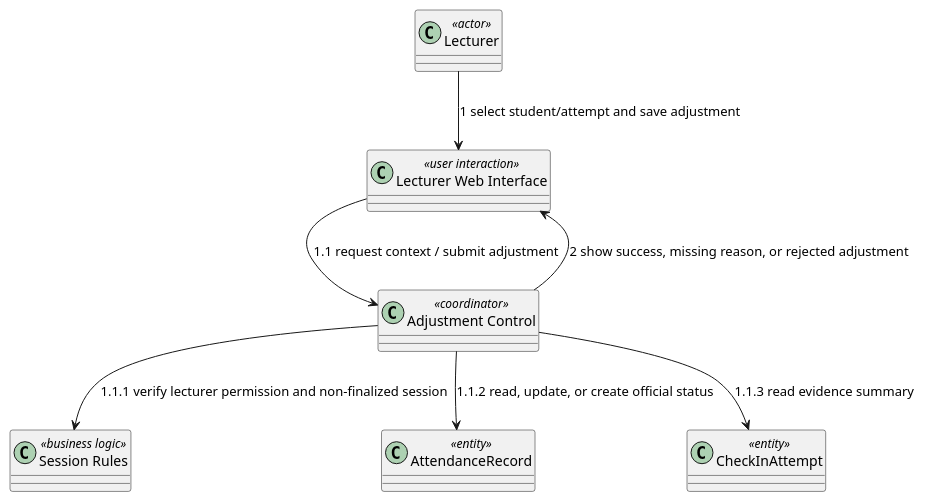
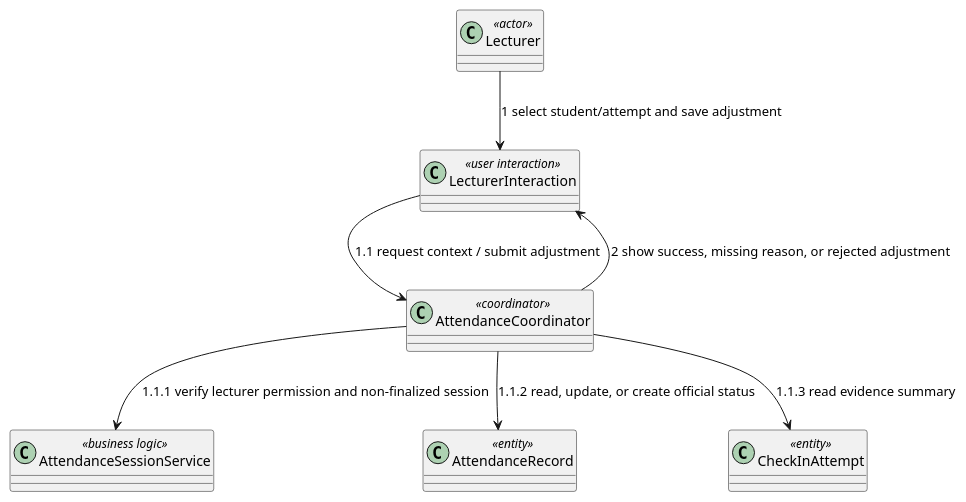
Before and after one commit to nttung42/SWD392: diagram 20 of 29 in docs/sds/2_Analysis.md, drawn with PlantUML. The commit also changed other lines of this file and 5 other files, not shown here.

````diff
--- a/docs/sds/2_Analysis.md
+++ b/docs/sds/2_Analysis.md
@@ -1060,17 +1039,17 @@
 ```plantuml
 @startuml
 class "Lecturer" as Lecturer <<actor>>
-class "Lecturer Web Interface" as LecturerUI <<user interaction>>
-class "Adjustment Control" as AdjustmentControl <<coordinator>>
-class "Session Rules" as SessionRules <<business logic>>
+class "LecturerInteraction" as LecturerUI <<user interaction>>
+class "AttendanceCoordinator" as AdjustmentControl <<coordinator>>
+class "AttendanceSessionService" as SessionRules <<business logic>>
 class "AttendanceRecord" as AttendanceRecord <<entity>>
 class "CheckInAttempt" as CheckInAttempt <<entity>>
 
 Lecturer --> LecturerUI : 1 select student/attempt and save adjustment
 LecturerUI --> AdjustmentControl : 1.1 request context / submit adjustment
 AdjustmentControl --> SessionRules : 1.1.1 verify lecturer permission and non-finalized session
 AdjustmentControl --> AttendanceRecord : 1.1.2 read, update, or create official status
 AdjustmentControl --> CheckInAttempt : 1.1.3 read evidence summary
 AdjustmentControl --> LecturerUI : 2 show success, missing reason, or rejected adjustment
 @enduml
 ```
````
